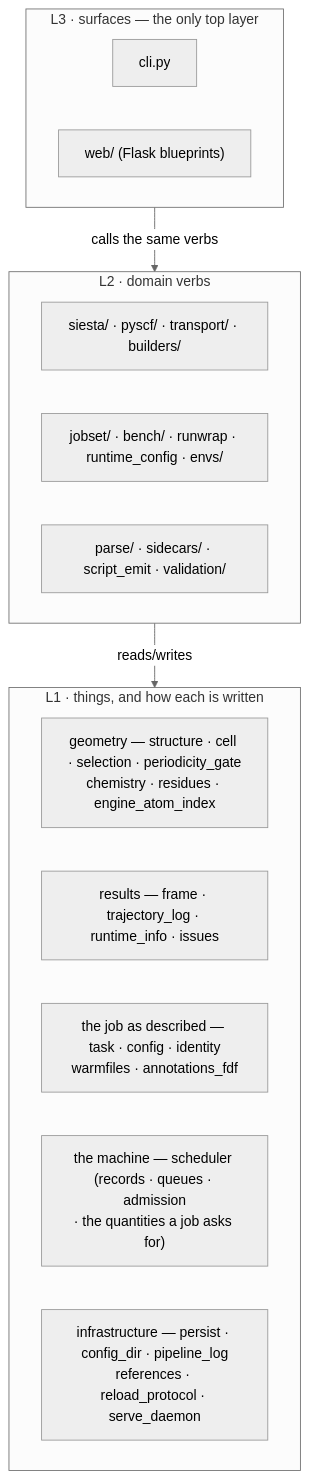
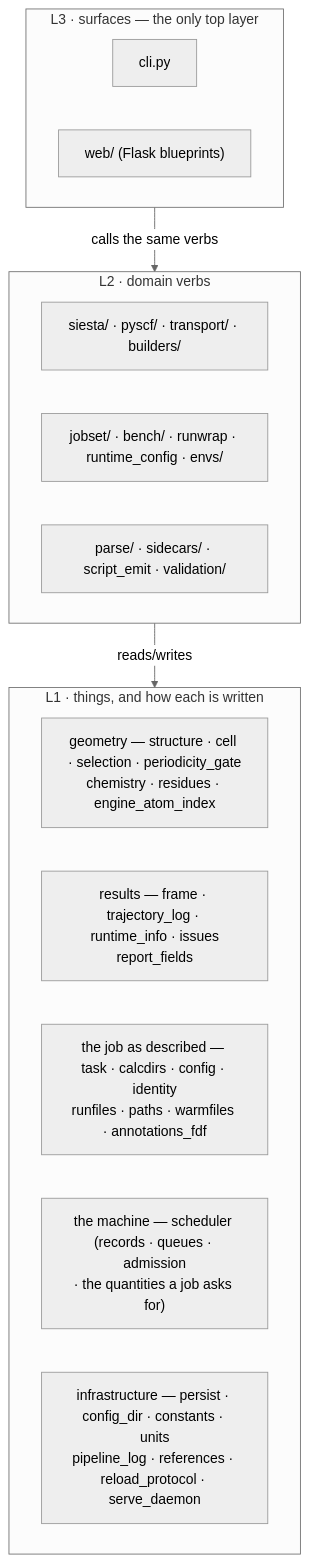
The diagram in docs/architecture.md (Qing-LAB/molbuilder), drawn with Mermaid (neutral theme) before and after one commit. The commit also changed other lines of this file and 16 other files, not shown here.

````diff
--- a/docs/architecture.md
+++ b/docs/architecture.md
@@ -89,21 +89,21 @@
 ```mermaid
 flowchart TB
   subgraph L3["L3 · surfaces — the only top layer"]
     CLI["cli.py"]
     WEB["web/ (Flask blueprints)"]
   end
   subgraph L2["L2 · domain verbs"]
     ENG["siesta/ · pyscf/ · transport/ · builders/"]
     EXE["jobset/ · bench/ · runwrap · runtime_config · envs/"]
     RW["parse/ · sidecars/ · script_emit · validation/"]
   end
   subgraph L1["L1 · things, and how each is written"]
     GEO["geometry — structure · cell · selection · periodicity_gate<br/>chemistry · residues · engine_atom_index"]
-    RES["results — frame · trajectory_log · runtime_info · issues"]
-    JOB["the job as described — task · config · identity<br/>warmfiles · annotations_fdf"]
+    RES["results — frame · trajectory_log · runtime_info · issues<br/>report_fields"]
+    JOB["the job as described — task · calcdirs · config · identity<br/>runfiles · paths · warmfiles · annotations_fdf"]
     MACH["the machine — scheduler (records · queues · admission<br/>· the quantities a job asks for)"]
-    INF["infrastructure — persist · config_dir · pipeline_log<br/>references · reload_protocol · serve_daemon"]
+    INF["infrastructure — persist · config_dir · constants · units<br/>pipeline_log · references · reload_protocol · serve_daemon"]
   end
   L3 -->|calls the same verbs| L2
   L2 -->|reads/writes| L1
 ```
````
